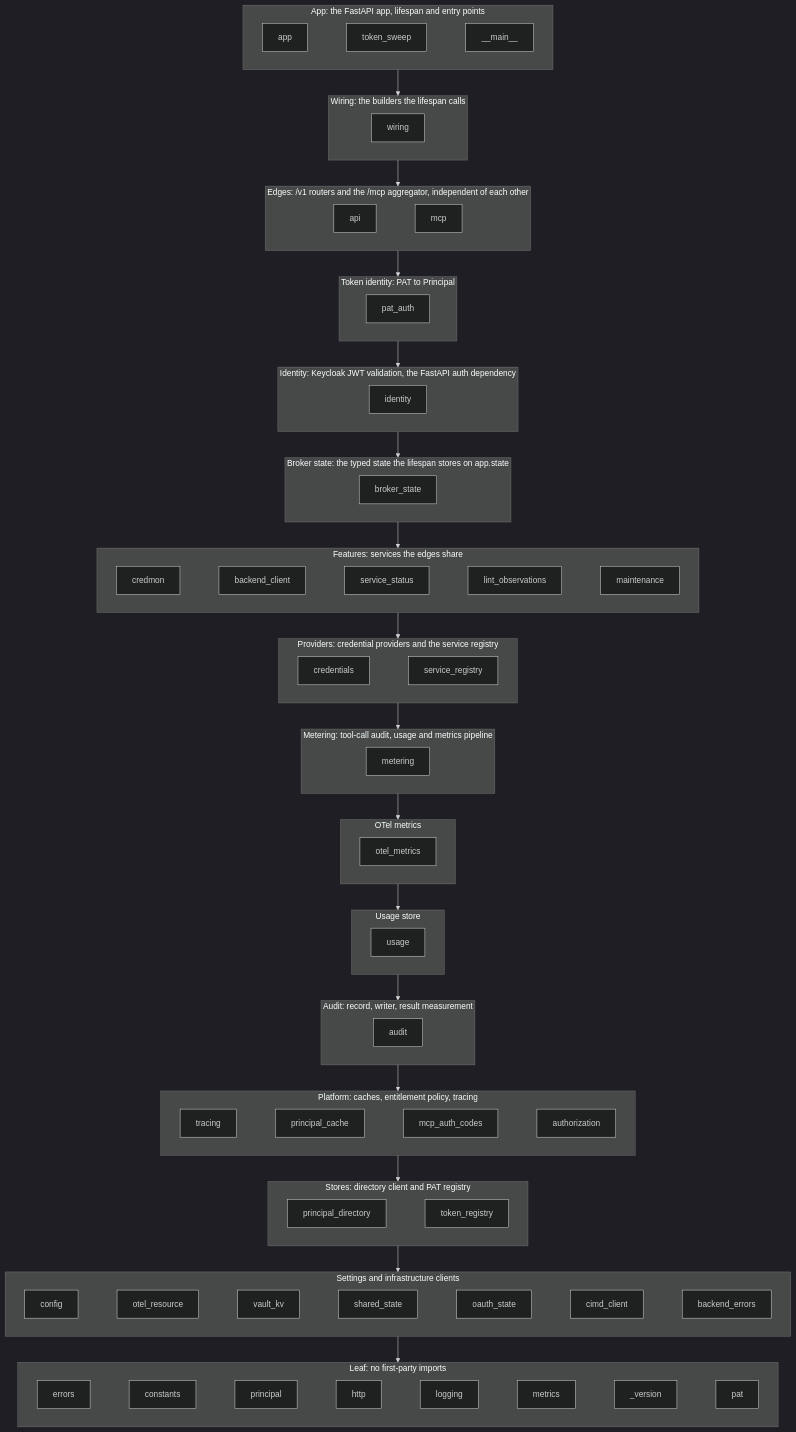
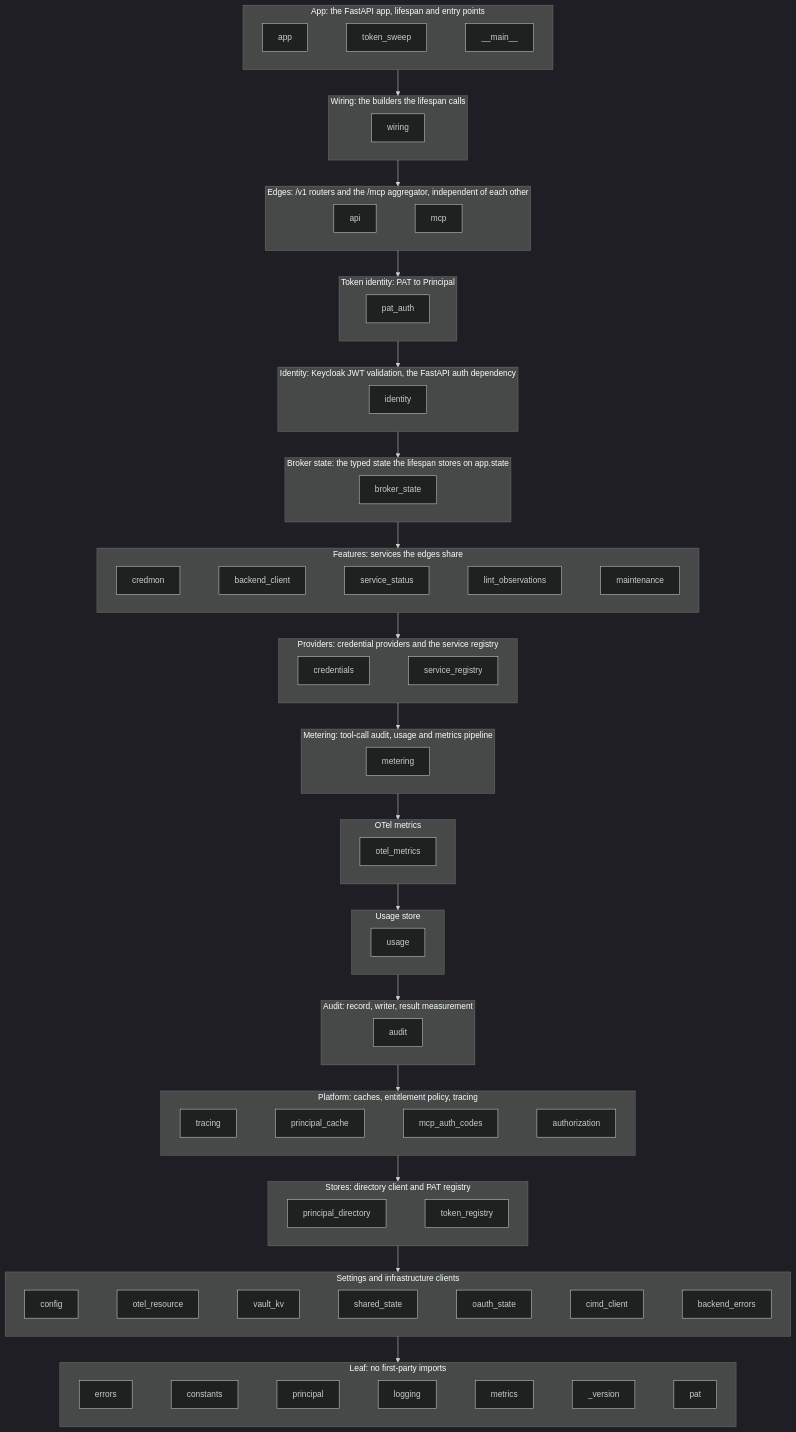
Before and after one commit to maniaclab/af-mcp-platform: the diagram in docs/architecture.md, drawn with Mermaid (dark theme). The commit also changed other lines of this file and 79 other files, not shown here.

First line of the commit message:
refactor(broker): domain errors below the HTTP edge; ABC stores; one shared HTTP client owned by state (#437)

````diff
--- a/docs/architecture.md
+++ b/docs/architecture.md
@@ -418,12 +418,11 @@
         m_errors["errors"]
         m_constants["constants"]
         m_principal["principal"]
-        m_http["http"]
         m_logging["logging"]
         m_metrics["metrics"]
         m_version["_version"]
         m_pat["pat"]
-        m_errors ~~~ m_constants ~~~ m_principal ~~~ m_http ~~~ m_logging ~~~ m_metrics ~~~ m_version ~~~ m_pat
+        m_errors ~~~ m_constants ~~~ m_principal ~~~ m_logging ~~~ m_metrics ~~~ m_version ~~~ m_pat
     end
     appL --> wiring --> edges --> tokenid --> ident --> stateL --> features --> providers --> meteringL --> otelL --> usageL --> auditL --> platform --> stores --> settings --> leaf
 ```
````
